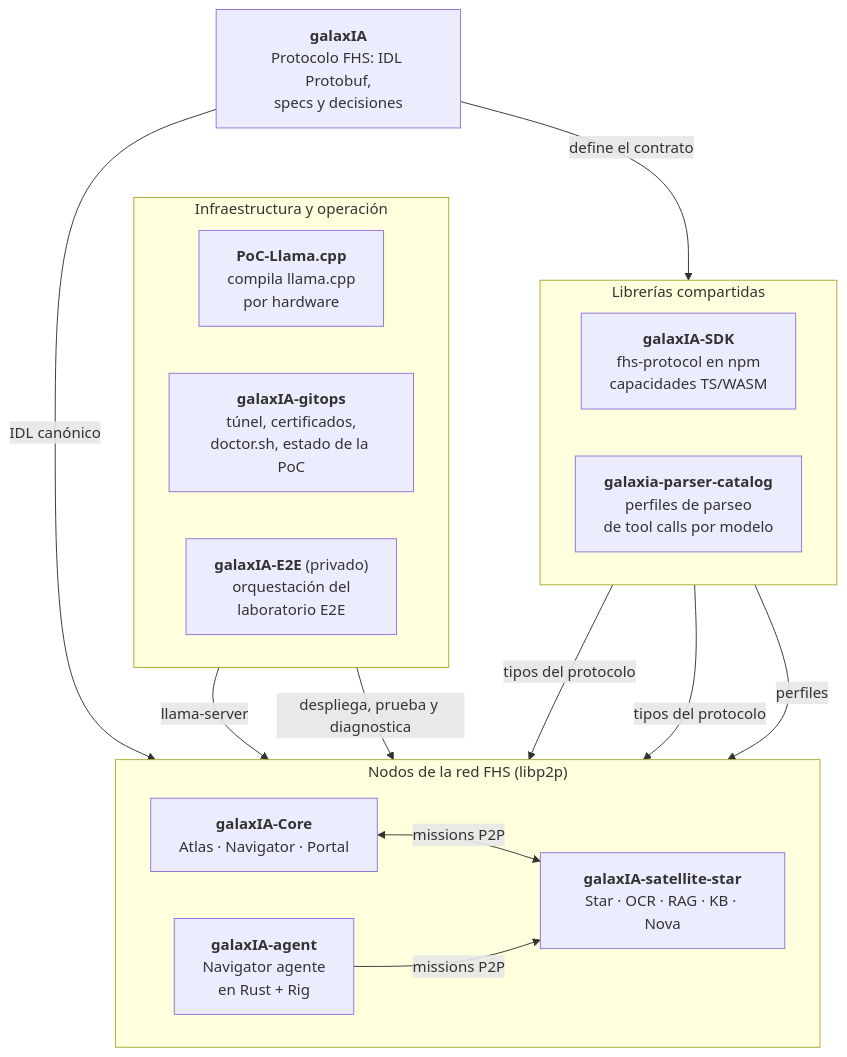
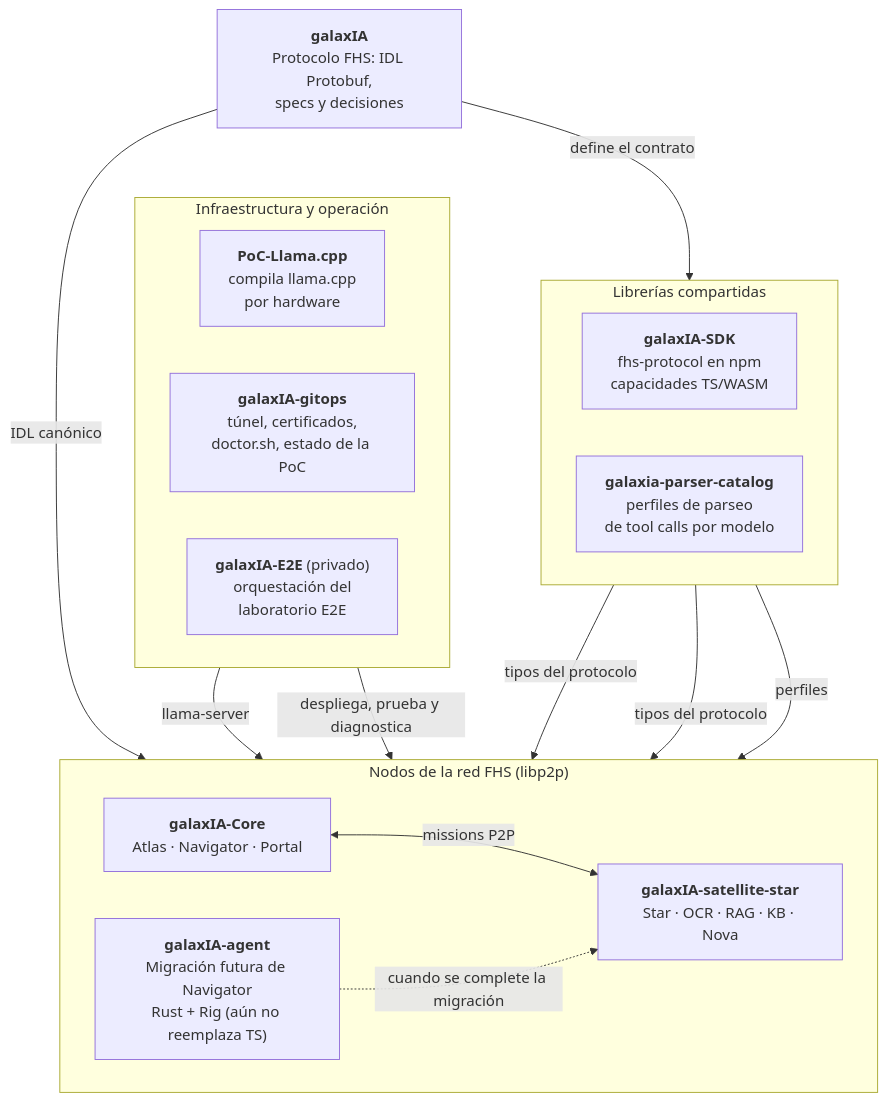
The diagram in README.md (rafex/galaxIA), drawn with Mermaid before and after one commit. The commit also changed other lines of this file and 8 other files, not shown here.

Commit message:
docs: explain galaxIA ecosystem and request flow

````diff
--- a/README.md
+++ b/README.md
@@ -32,34 +32,34 @@
 ```mermaid
 flowchart TB
     galaxia["<b>galaxIA</b><br/>Protocolo FHS: IDL Protobuf,<br/>specs y decisiones"]
 
     subgraph libs["Librerías compartidas"]
         direction LR
         sdk["<b>galaxIA-SDK</b><br/>fhs-protocol en npm<br/>capacidades TS/WASM"]
         parser["<b>galaxia-parser-catalog</b><br/>perfiles de parseo<br/>de tool calls por modelo"]
     end
 
     subgraph red["Nodos de la red FHS (libp2p)"]
         direction LR
         core["<b>galaxIA-Core</b><br/>Atlas · Navigator · Portal"]
         providers["<b>galaxIA-satellite-star</b><br/>Star · OCR · RAG · KB · Nova"]
-        agent["<b>galaxIA-agent</b><br/>Navigator agente<br/>en Rust + Rig"]
+        agent["<b>galaxIA-agent</b><br/>Migración futura de Navigator<br/>Rust + Rig (aún no reemplaza TS)"]
     end
 
     subgraph ops["Infraestructura y operación"]
         direction LR
         llama["<b>PoC-Llama.cpp</b><br/>compila llama.cpp<br/>por hardware"]
         gitops["<b>galaxIA-gitops</b><br/>túnel, certificados,<br/>doctor.sh, estado de la PoC"]
         e2e["<b>galaxIA-E2E</b> (privado)<br/>orquestación del<br/>laboratorio E2E"]
     end
 
     galaxia -->|define el contrato| libs
     galaxia -->|IDL canónico| agent
     sdk -->|tipos del protocolo| core
     sdk -->|tipos del protocolo| providers
     parser -->|perfiles| providers
     core <-->|missions P2P| providers
-    agent -->|missions P2P| providers
+    agent -.->|cuando se complete la migración| providers
     llama -->|llama-server| providers
     ops -->|despliega, prueba y diagnostica| red
 ```
````
